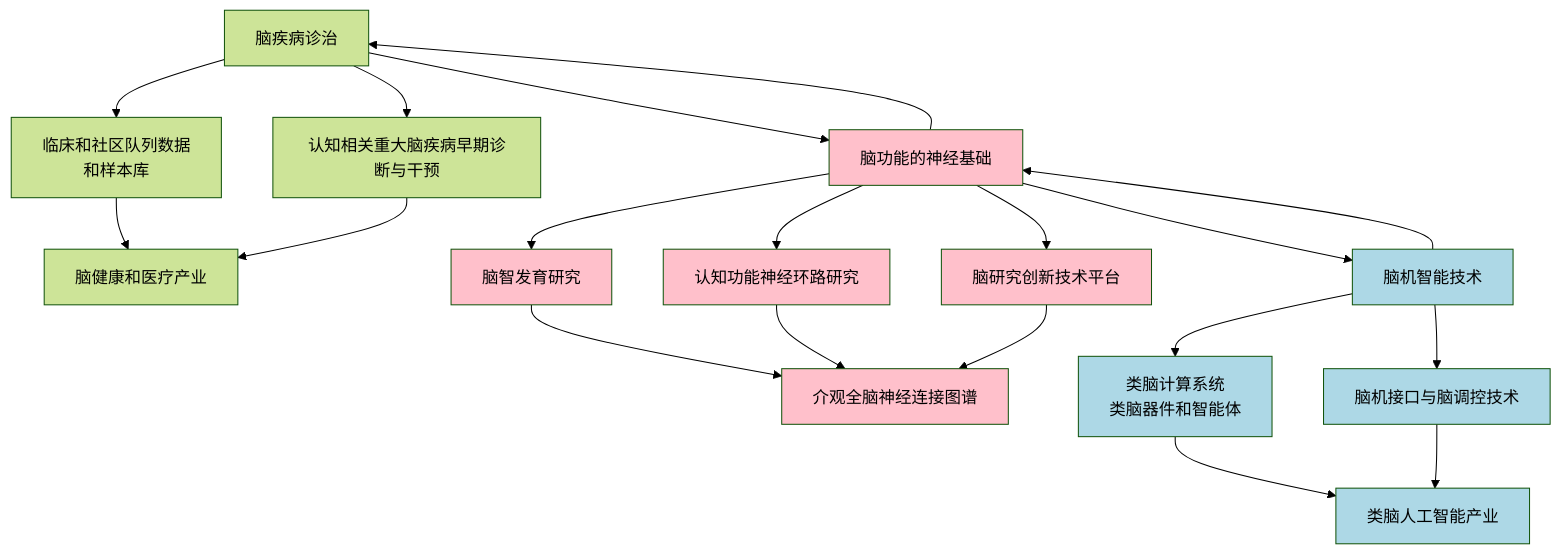
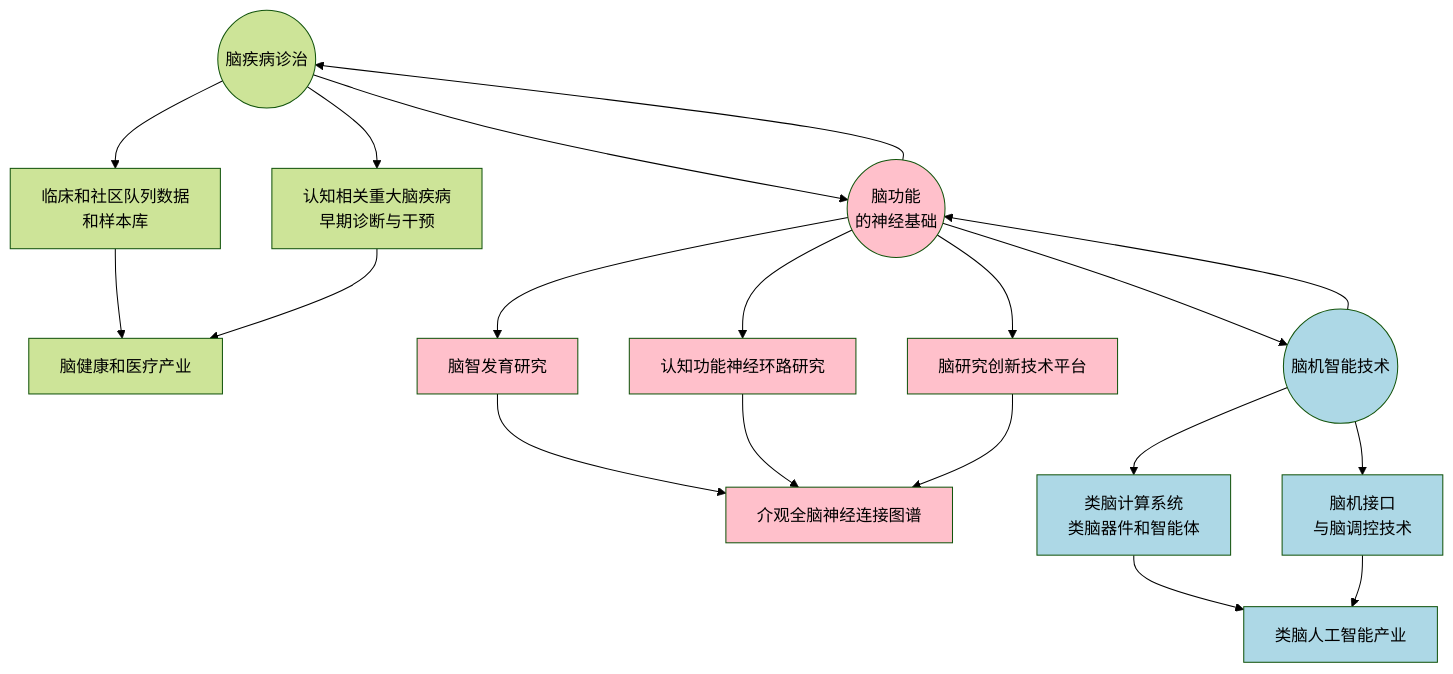
The first of 2 diagrams in _posts/2022-04-13-note-of-Qian-Weichang-tribune-56th.md (uncle-yi/uncle-yi.github.io), drawn with Mermaid (forest theme) before and after one commit.

````diff
--- a/_posts/2022-04-13-note-of-Qian-Weichang-tribune-56th.md
+++ b/_posts/2022-04-13-note-of-Qian-Weichang-tribune-56th.md
@@ -6,37 +6,37 @@
 ```mermaid
 graph TB
 
-S1["脑疾病诊治"];
+S1(("脑疾病诊治"));
 S2["临床和社区队列数据<br />和样本库"];
-S3["认知相关重大脑疾病早期诊断与干预"];
+S3["认知相关重大脑疾病<br />早期诊断与干预"];
 S4["脑健康和医疗产业"];
 S1 --> S2; S1 --> S3; S2 --> S4; S3 --> S4;
 
-L1["脑功能的神经基础"];
+L1(("脑功能<br />的神经基础"));
 L2["脑智发育研究"];
 L3["认知功能神经环路研究"];
 L4["脑研究创新技术平台"];
 L5["介观全脑神经连接图谱"];
 L1 --> L2; L1 --> L3; L1 --> L4;
 L2 --> L5; L3 --> L5; L4 --> L5;
 L1 --> S1; S1 --> L1;
 
 style L1 fill:#FFC0CB; 
 style L2 fill:#FFC0CB;
 style L3 fill:#FFC0CB; 
 style L4 fill:#FFC0CB;
 style L5 fill:#FFC0CB;
 
-R1["脑机智能技术"];
+R1(("脑机智能技术"));
 R2["类脑计算系统<br />类脑器件和智能体"];
-R3["脑机接口与脑调控技术"];
+R3["脑机接口<br />与脑调控技术"];
 R4["类脑人工智能产业"];
 
 style R1 fill:#ADD8E6;
 style R2 fill:#ADD8E6;
 style R3 fill:#ADD8E6;
 style R4 fill:#ADD8E6;
 
 R1 --> R2; R1 --> R3; R2 --> R4; R3 --> R4;
 L1 --> R1; R1 --> L1;
 ```
````
